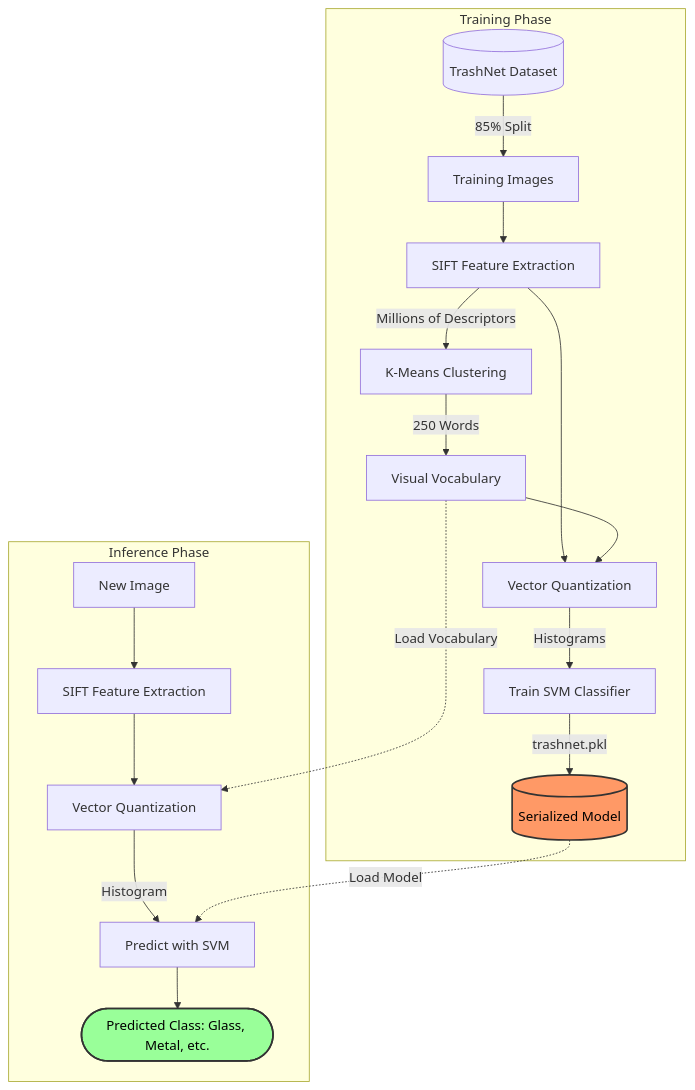
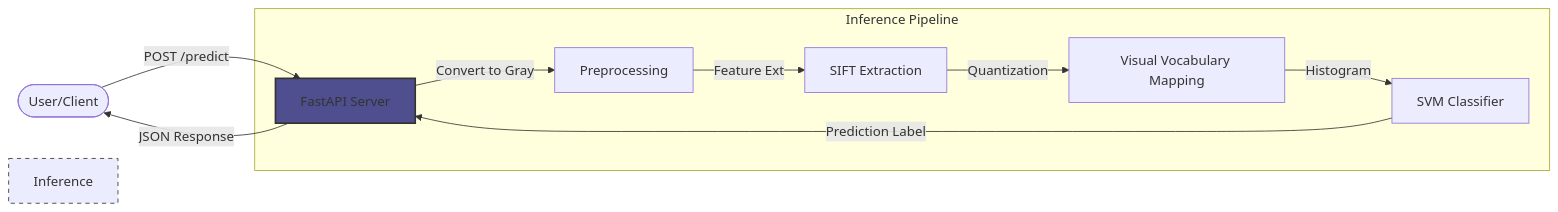
The diagram in README.md (racheladita/Waste-Classifier), drawn with Mermaid before and after one commit. The commit also changed other lines of this file and 4 other files, not shown here.

Commit message:
feat: Implement FastAPI inference server and Streamlit UI for waste classification model

````diff
--- a/README.md
+++ b/README.md
@@ -12,25 +14,15 @@
 ```mermaid
-graph TD
-    subgraph Training Phase
-        T1[(TrashNet Dataset)] --> |85% Split| T2[Training Images]
-        T2 --> T3[SIFT Feature Extraction]
-        T3 --> |Millions of Descriptors| T4[K-Means Clustering]
-        T4 --> |250 Words| T5[Visual Vocabulary]
-        T3 --> T6[Vector Quantization]
-        T5 --> T6
-        T6 --> |Histograms| T7[Train SVM Classifier]
-        T7 --> |trashnet.pkl| T8[(Serialized Model)]
+graph LR
+    User([User/Client]) -->|POST /predict| API[FastAPI Server]
+    subgraph Inference Pipeline
+        API -->|Convert to Gray| Pre[Preprocessing]
+        Pre -->|Feature Ext| SIFT[SIFT Extraction]
+        SIFT -->|Quantization| BoVW[Visual Vocabulary Mapping]
+        BoVW -->|Histogram| SVM[SVM Classifier]
     end
+    SVM -->|Prediction Label| API
+    API -->|JSON Response| User
 
-    subgraph Inference Phase
-        I1[New Image] --> I2[SIFT Feature Extraction]
-        I2 --> I3[Vector Quantization]
-        T5 -.-> |Load Vocabulary| I3
-        I3 --> |Histogram| I4[Predict with SVM]
-        T8 -.-> |Load Model| I4
-        I4 --> I5([Predicted Class: Glass, Metal, etc.])
-    end
-
-    style T8 fill:#f96,stroke:#333,stroke-width:2px,color:#000
-    style I5 fill:#9f9,stroke:#333,stroke-width:2px,color:#000
+    style API fill:#4f4f8f,stroke:#333,stroke-width:2px
+    style Inference Pipeline fill:#f0f0f0,stroke:#333,stroke-dasharray: 5 5
 ```
````
